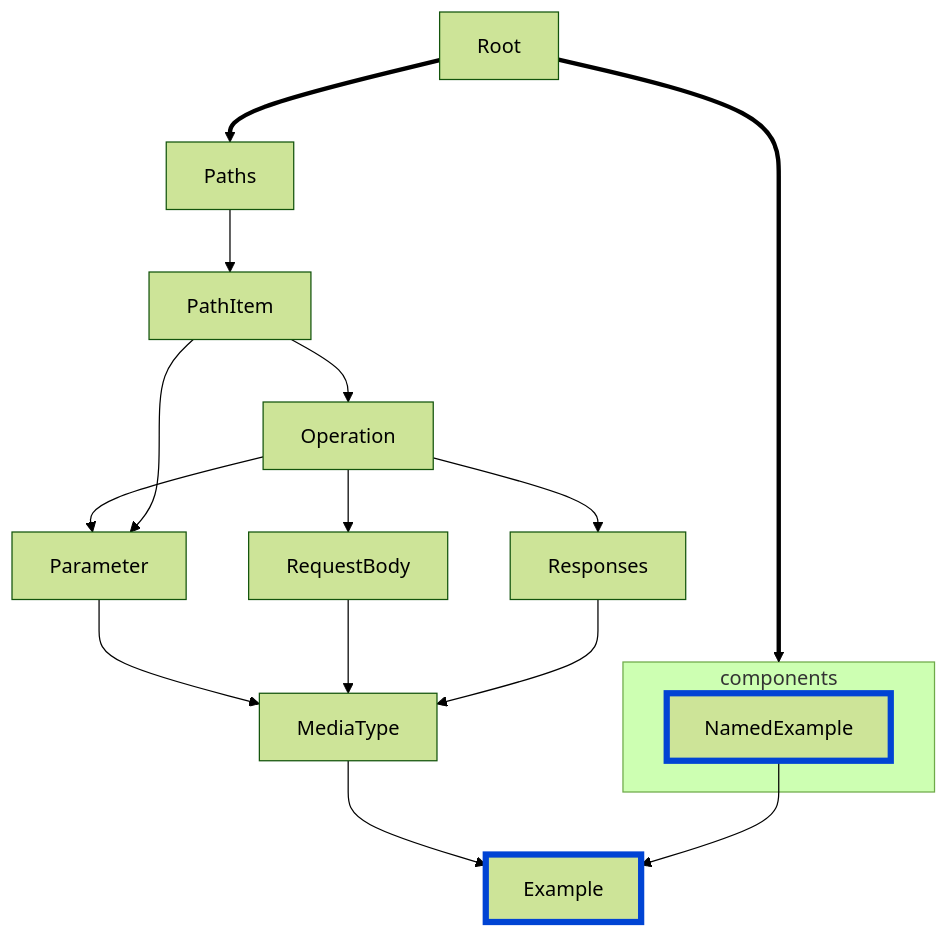
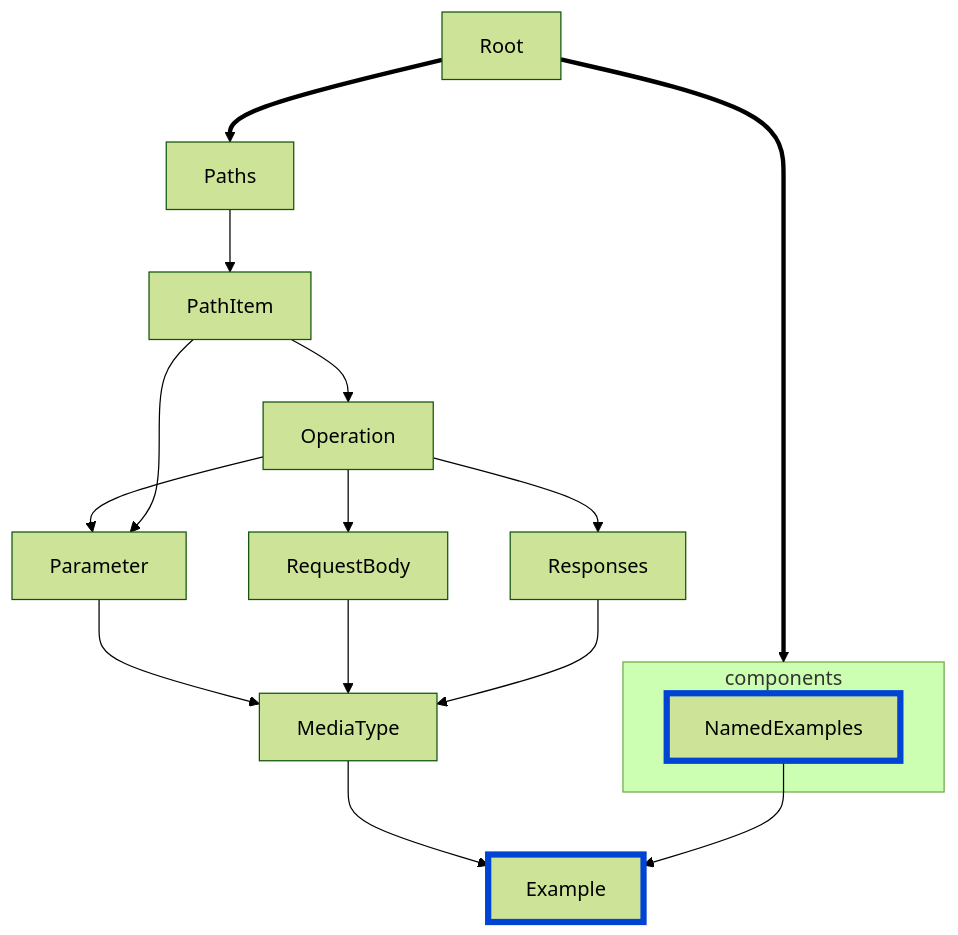
Before and after one commit to Redocly/redocly-cli: the diagram in docs/@v2/rules/oas/no-example-value-and-externalValue.md, drawn with Mermaid (forest theme). The commit also changed other lines of this file and 10 other files, not shown here.

Commit message:
update changeset, naming, and diagrams

````diff
--- a/docs/@v2/rules/oas/no-example-value-and-externalValue.md
+++ b/docs/@v2/rules/oas/no-example-value-and-externalValue.md
@@ -16,18 +20,18 @@
 ```mermaid
 flowchart TD
 
 Root ==> Paths --> PathItem --> Operation --> Parameter --> MediaType
 PathItem --> Parameter
 Operation --> RequestBody --> MediaType --> Example
 Operation --> Responses --> MediaType
-NamedExample --> Example
+NamedExamples --> Example
 Root ==> components
 
 subgraph components
-NamedExample
+NamedExamples
 end
 
 style Example fill:#codaf9,stroke:#0044d4,stroke-width:5px
-style NamedExample fill:#codaf9,stroke:#0044d4,stroke-width:5px
+style NamedExamples fill:#codaf9,stroke:#0044d4,stroke-width:5px
 
 ```
````
